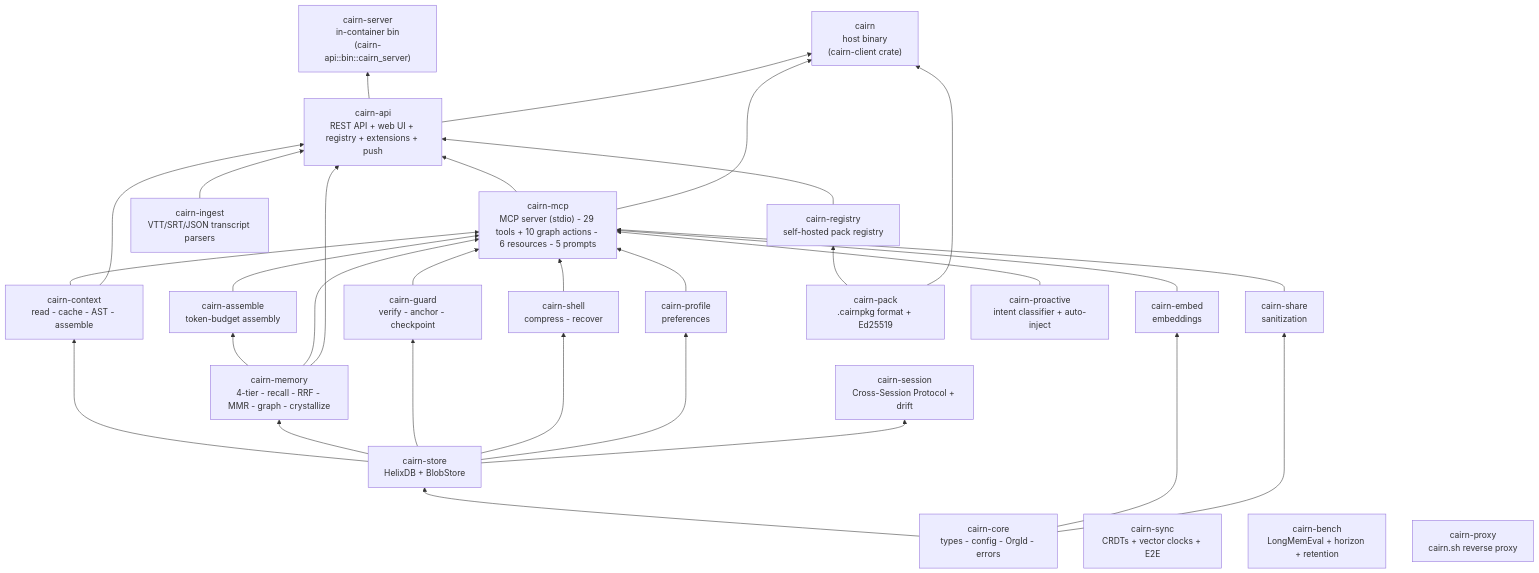
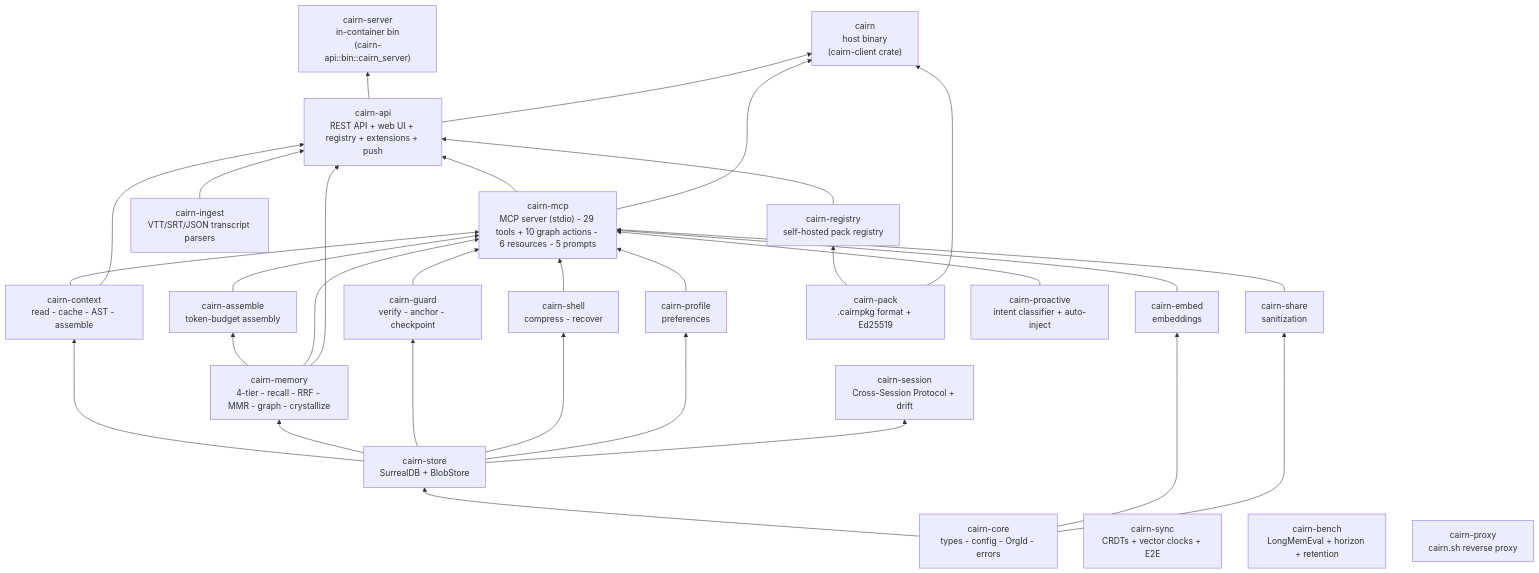
One commit to Vellixia/Cairn changed the second of 2 diagrams in docs/reference/architecture.md. Above: the diagram before and after it, drawn with Mermaid. The commit also changed other lines of this file and 46 other files, not shown here.

````diff
--- a/docs/reference/architecture.md
+++ b/docs/reference/architecture.md
@@ -52,55 +50,55 @@
 ```mermaid
 graph BT
     core["cairn-core<br/>types - config - OrgId - errors"]
-    store["cairn-store<br/>HelixDB + BlobStore"]
+    store["cairn-store<br/>SurrealDB + BlobStore"]
     context["cairn-context<br/>read - cache - AST - assemble"]
     memory["cairn-memory<br/>4-tier - recall - RRF - MMR - graph - crystallize"]
     guard["cairn-guard<br/>verify - anchor - checkpoint"]
     shell["cairn-shell<br/>compress - recover"]
     profile["cairn-profile<br/>preferences"]
     assemble["cairn-assemble<br/>token-budget assembly"]
     share["cairn-share<br/>sanitization"]
     embed["cairn-embed<br/>embeddings"]
     session["cairn-session<br/>Cross-Session Protocol + drift"]
     pack["cairn-pack<br/>.cairnpkg format + Ed25519"]
     registry["cairn-registry<br/>self-hosted pack registry"]
     sync["cairn-sync<br/>CRDTs + vector clocks + E2E"]
     bench["cairn-bench<br/>LongMemEval + horizon + retention"]
     proactive["cairn-proactive<br/>intent classifier + auto-inject"]
     proxy["cairn-proxy<br/>cairn.sh reverse proxy"]
     ingest["cairn-ingest<br/>VTT/SRT/JSON transcript parsers"]
     mcp["cairn-mcp<br/>MCP server (stdio) - 29 tools + 10 graph actions - 6 resources - 5 prompts"]
     api["cairn-api<br/>REST API + web UI + registry + extensions + push"]
     server["cairn-server<br/>in-container bin<br/>(cairn-api::bin::cairn_server)"]
     cli["cairn<br/>host binary<br/>(cairn-client crate)"] 
 
     core --> store
     core --> embed
     core --> share
     store --> context
     store --> memory
     store --> guard
     store --> shell
     store --> profile
     store --> session
     memory --> assemble
     context --> mcp
     memory --> mcp
     guard --> mcp
     shell --> mcp
     profile --> mcp
     share --> mcp
     embed --> mcp
     assemble --> mcp
     proactive --> mcp
     context --> api
     memory --> api
     mcp --> api
     pack --> registry
     registry --> api
     ingest --> api
     pack --> cli
     api --> server
     mcp --> cli
     api --> cli
 ```
````
